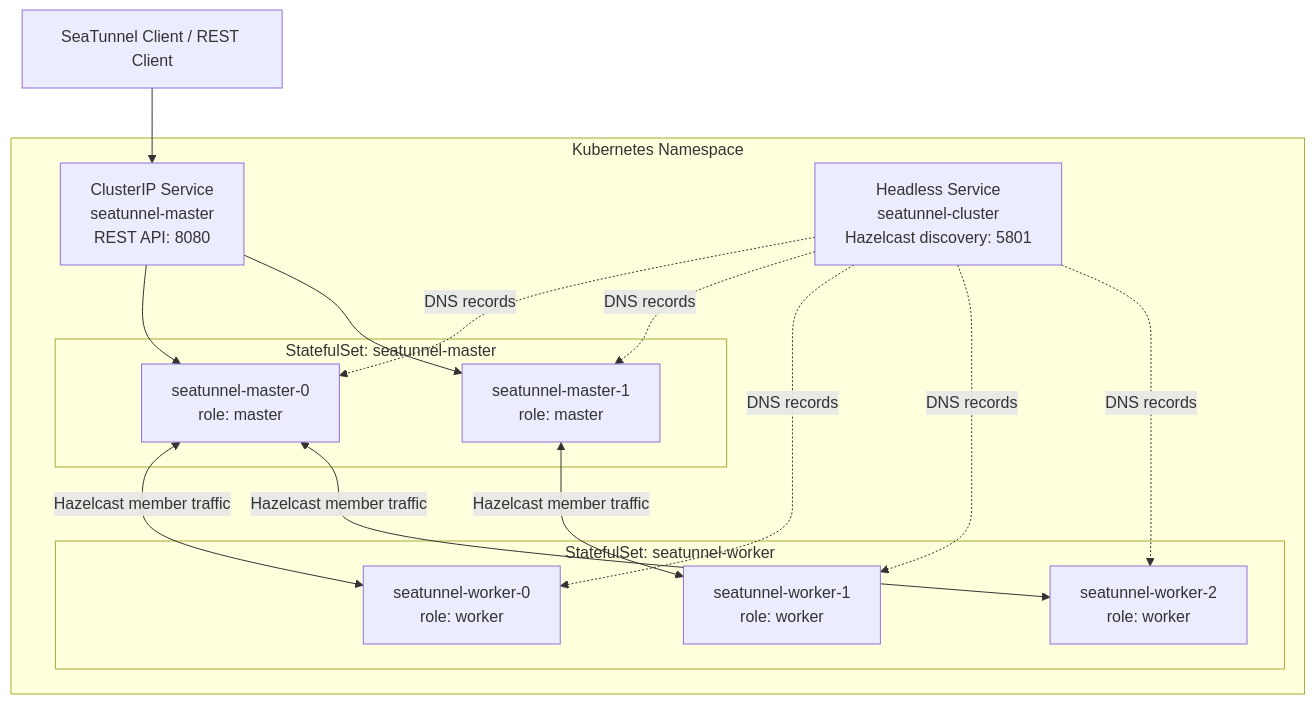
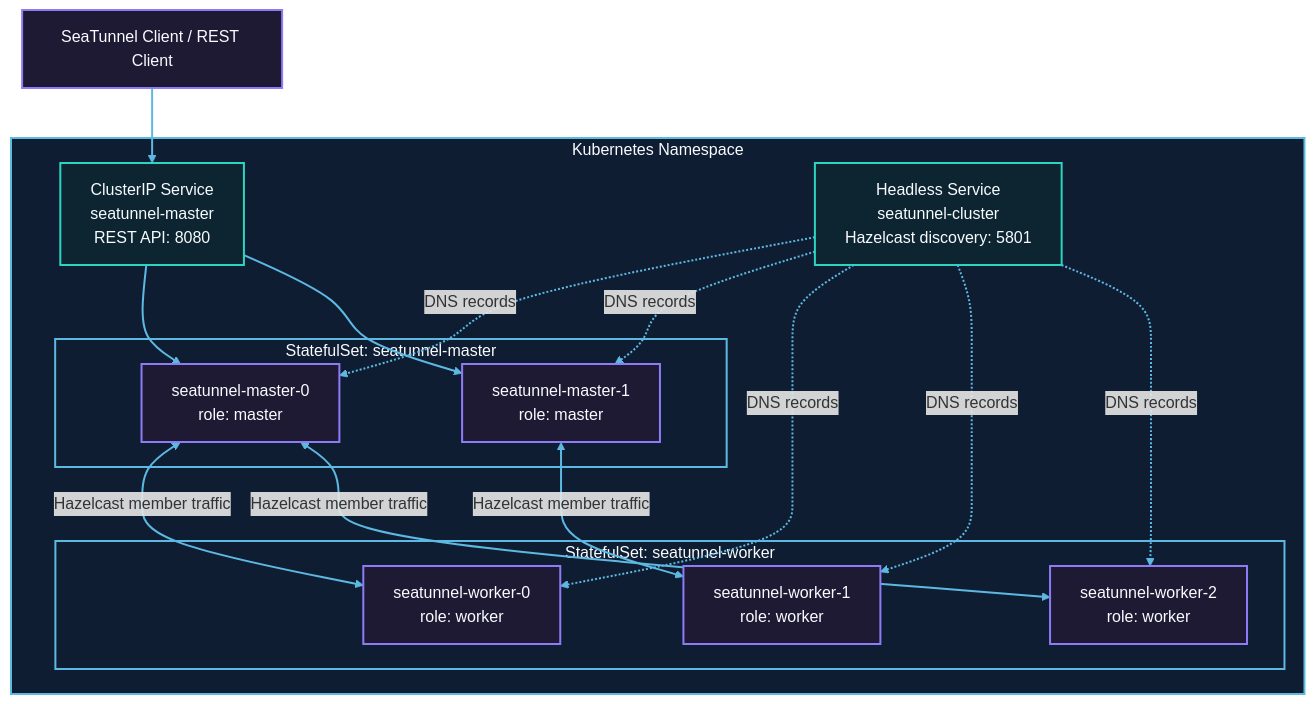
The diagram in docs/en/getting-started/kubernetes/kubernetes.mdx (apache/seatunnel), drawn with Mermaid before and after one commit. The commit also changed other lines of this file and 11 other files, not shown here.

````diff
--- a/docs/en/getting-started/kubernetes/kubernetes.mdx
+++ b/docs/en/getting-started/kubernetes/kubernetes.mdx
@@ -25,34 +25,43 @@
 ```mermaid
 flowchart TB
   client["SeaTunnel Client / REST Client"]
 
   subgraph ns["Kubernetes Namespace"]
     masterSvc["ClusterIP Service<br/>seatunnel-master<br/>REST API: 8080"]
     discoverySvc["Headless Service<br/>seatunnel-cluster<br/>Hazelcast discovery: 5801"]
 
     subgraph masterSet["StatefulSet: seatunnel-master"]
       master0["seatunnel-master-0<br/>role: master"]
       master1["seatunnel-master-1<br/>role: master"]
     end
 
     subgraph workerSet["StatefulSet: seatunnel-worker"]
       worker0["seatunnel-worker-0<br/>role: worker"]
       worker1["seatunnel-worker-1<br/>role: worker"]
       worker2["seatunnel-worker-2<br/>role: worker"]
     end
   end
 
   client --> masterSvc
   masterSvc --> master0
   masterSvc --> master1
 
   discoverySvc -. "DNS records" .-> master0
   discoverySvc -. "DNS records" .-> master1
   discoverySvc -. "DNS records" .-> worker0
   discoverySvc -. "DNS records" .-> worker1
   discoverySvc -. "DNS records" .-> worker2
 
   master0 <-->|Hazelcast member traffic| worker0
   master1 <-->|Hazelcast member traffic| worker1
   master0 <-->|Hazelcast member traffic| worker2
+
+  classDef layerBlue fill:#0f1d33,stroke:#5db8e2,stroke-width:2px,color:#f8fbff;
+  classDef layerCyan fill:#0c2530,stroke:#2dd4bf,stroke-width:2px,color:#f8fbff;
+  classDef layerPurple fill:#1f1a34,stroke:#8d7cf6,stroke-width:2px,color:#f8fbff;
+
+  class ns,masterSet,workerSet layerBlue;
+  class masterSvc,discoverySvc layerCyan;
+  class client,master0,master1,worker0,worker1,worker2 layerPurple;
+  linkStyle default stroke:#5db8e2,stroke-width:2px;
 ```
````
